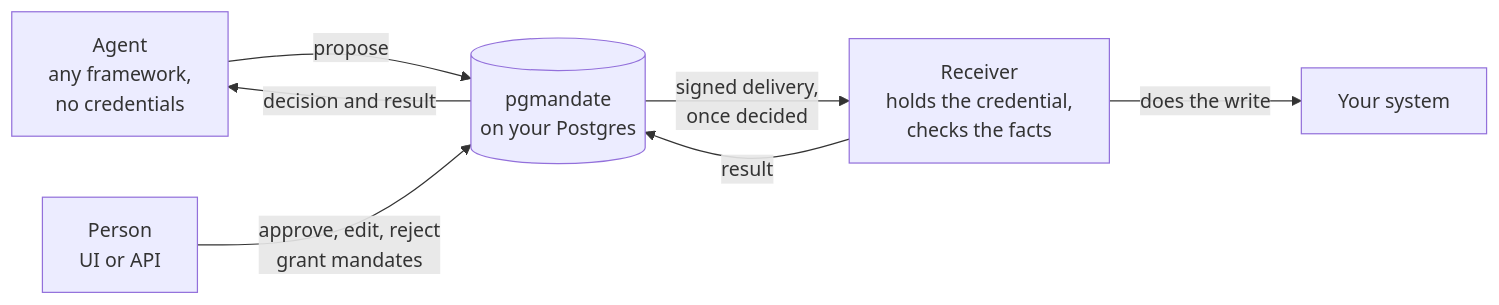
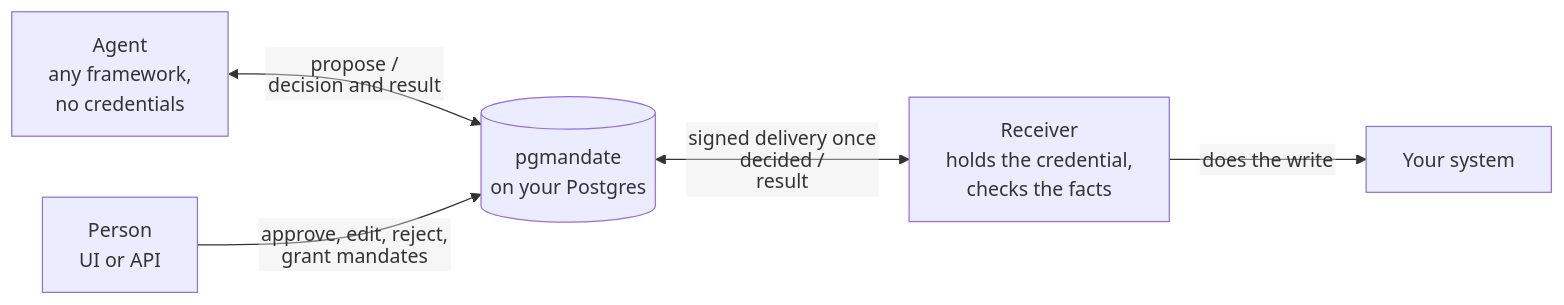
One commit to andreas-lindfalk/mandate changed the first of 2 diagrams in docs/scope.md. Above: the diagram before and after it, drawn with Mermaid. The commit also changed other lines of this file and 13 other files, not shown here.

````diff
--- a/docs/scope.md
+++ b/docs/scope.md
@@ -25,9 +25,8 @@
 ```mermaid
+%%{init: {"flowchart": {"htmlLabels": false}}}%%
 flowchart LR
-    A[Agent<br/>any framework,<br/>no credentials] -- propose --> P[(pgmandate<br/>on your Postgres)]
-    H[Person<br/>UI or API] -- approve, edit, reject<br/>grant mandates --> P
-    P -- signed delivery,<br/>once decided --> R[Receiver<br/>holds the credential,<br/>checks the facts]
-    R -- does the write --> S[Your system]
-    R -- result --> P
-    P -- decision and result --> A
+    A["Agent<br/>any framework,<br/>no credentials"] <-- "propose /<br/>decision and result" --> P[("pgmandate<br/>on your Postgres")]
+    H["Person<br/>UI or API"] -- "approve, edit, reject,<br/>grant mandates" --> P
+    P <-- "signed delivery once decided /<br/>result" --> R["Receiver<br/>holds the credential,<br/>checks the facts"]
+    R -- "does the write" --> S["Your system"]
 ```
````
